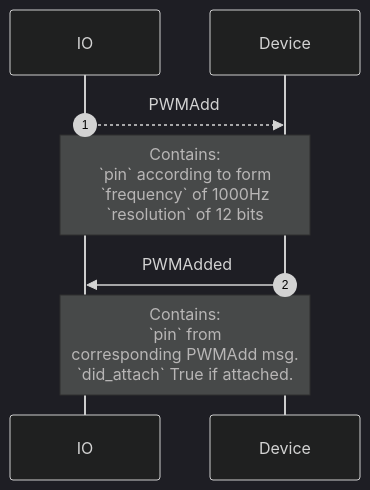
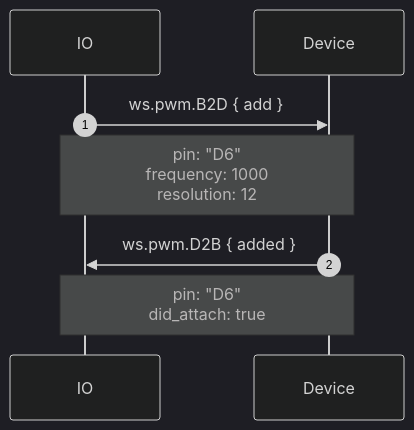
One commit to adafruit/Wippersnapper_Protobuf changed the sixth of 10 diagrams in proto/wippersnapper/docs/pwm.md. Above: the diagram before and after it, drawn with Mermaid (dark theme). The commit also changed other lines of this file and 10 other files, not shown here.

````diff
--- a/proto/wippersnapper/docs/pwm.md
+++ b/proto/wippersnapper/docs/pwm.md
@@ -80,10 +114,10 @@
 ```mermaid
 sequenceDiagram
 autonumber
 
-IO-->>Device: PWMAdd
-Note over IO, Device: Contains:<br> `pin` according to form<br>`frequency` of 1000Hz<br> `resolution` of 12 bits
+IO->>Device: ws.pwm.B2D { add }
+Note over IO, Device: pin: "D6"<br/>frequency: 1000<br/>resolution: 12
 
-Device->>IO: PWMAdded
-Note over IO, Device: Contains:<br> `pin` from <br>corresponding PWMAdd msg. <br>`did_attach` True if attached.
+Device->>IO: ws.pwm.D2B { added }
+Note over IO, Device: pin: "D6"<br/>did_attach: true
 ```
````
